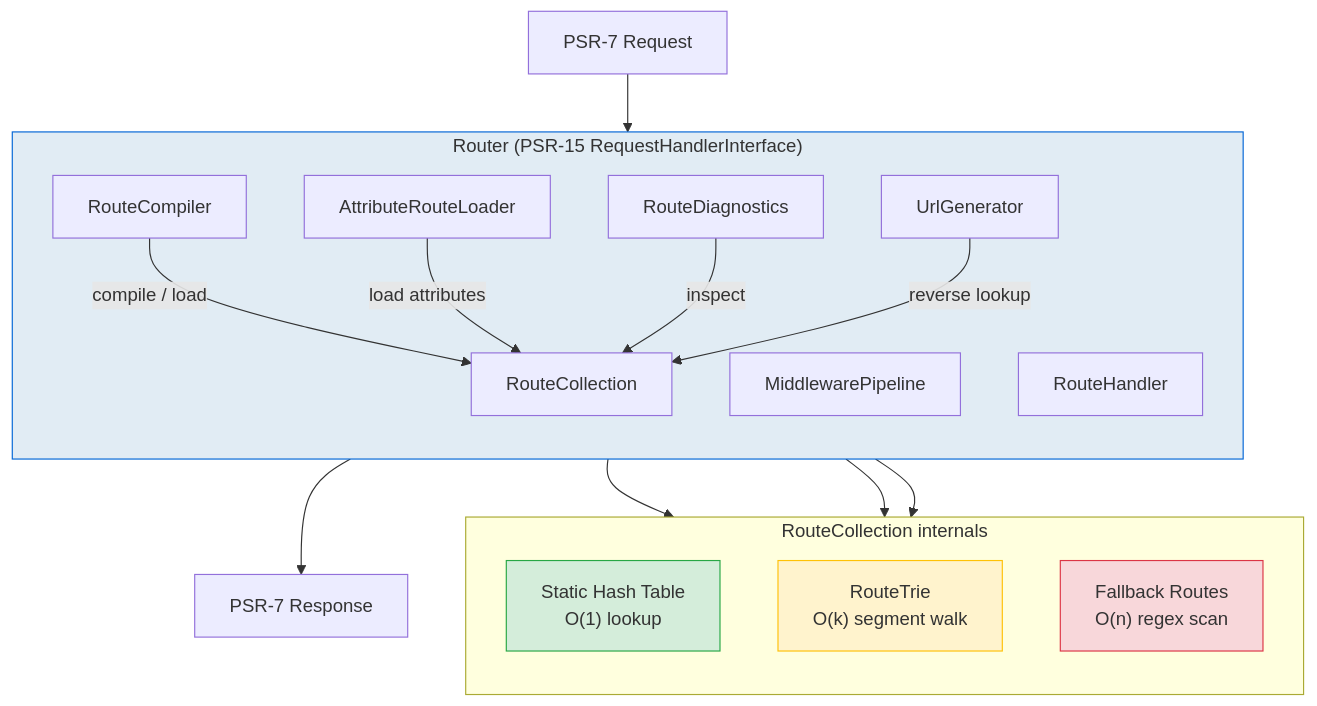
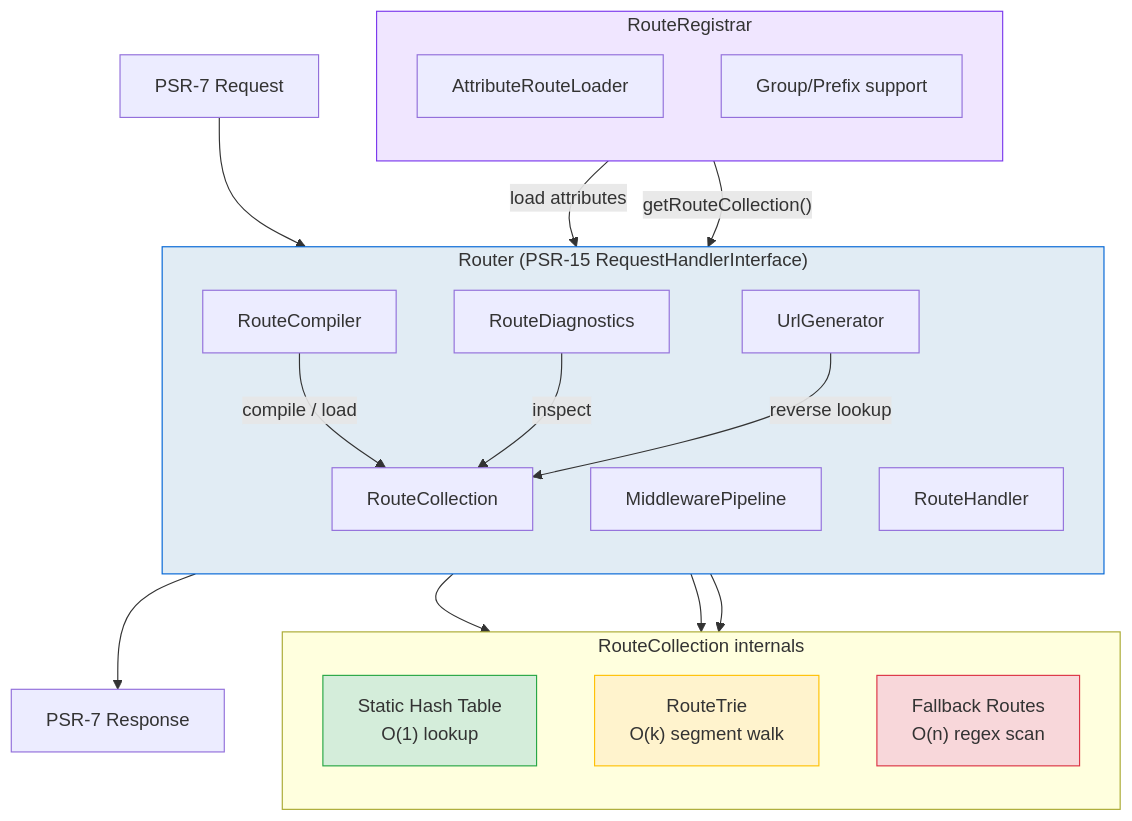
Before and after one commit to ascetic-soft/Waypoint: the eighth of 8 diagrams in docs/internals.md, drawn with Mermaid. The commit also changed other lines of this file and 13 other files, not shown here.

Commit message:
Update documentation for v1.2.1: RouteRegistrar API, optional PSR deps, trie optimizations

````diff
--- a/docs/internals.md
+++ b/docs/internals.md
@@ -360,36 +367,43 @@
 ```mermaid
 flowchart TB
-    subgraph Router["Router (PSR-15 RequestHandlerInterface)"]
+    subgraph Registration["RouteRegistrar"]
+        direction TB
+        ARL["AttributeRouteLoader"]
+        GROUPS["Group/Prefix support"]
+    end
+
+    subgraph Dispatch["Router (PSR-15 RequestHandlerInterface)"]
         direction TB
         RC["RouteCollection"]
-        ARL["AttributeRouteLoader"]
         MP["MiddlewarePipeline"]
         RH["RouteHandler"]
         UG["UrlGenerator"]
         COMP["RouteCompiler"]
         DIAG["RouteDiagnostics"]
     end
 
     subgraph RouteCollection_internal["RouteCollection internals"]
         direction TB
         ST["Static Hash Table<br/>O(1) lookup"]
         TRIE["RouteTrie<br/>O(k) segment walk"]
         FB["Fallback Routes<br/>O(n) regex scan"]
     end
 
+    Registration -->|"getRouteCollection()"| RC
     RC --> ST
     RC --> TRIE
     RC --> FB
 
-    PSR7["PSR-7 Request"] --> Router
-    Router --> PSR7R["PSR-7 Response"]
+    PSR7["PSR-7 Request"] --> Dispatch
+    Dispatch --> PSR7R["PSR-7 Response"]
     COMP -->|"compile / load"| RC
     ARL -->|"load attributes"| RC
     DIAG -->|"inspect"| RC
     UG -->|"reverse lookup"| RC
 
-    style Router fill:#e1ecf4,stroke:#0366d6
+    style Registration fill:#f0e6ff,stroke:#7c3aed
+    style Dispatch fill:#e1ecf4,stroke:#0366d6
     style ST fill:#d4edda,stroke:#28a745
     style TRIE fill:#fff3cd,stroke:#ffc107
     style FB fill:#f8d7da,stroke:#dc3545
 ```
````
